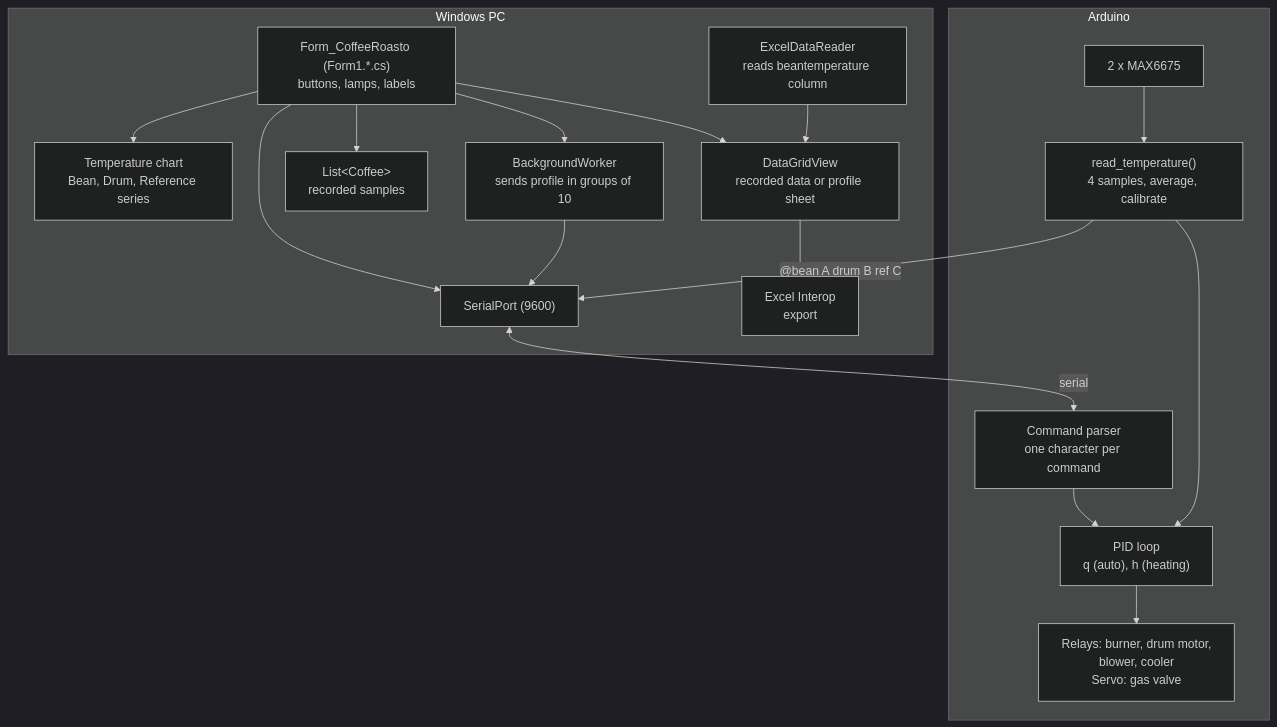
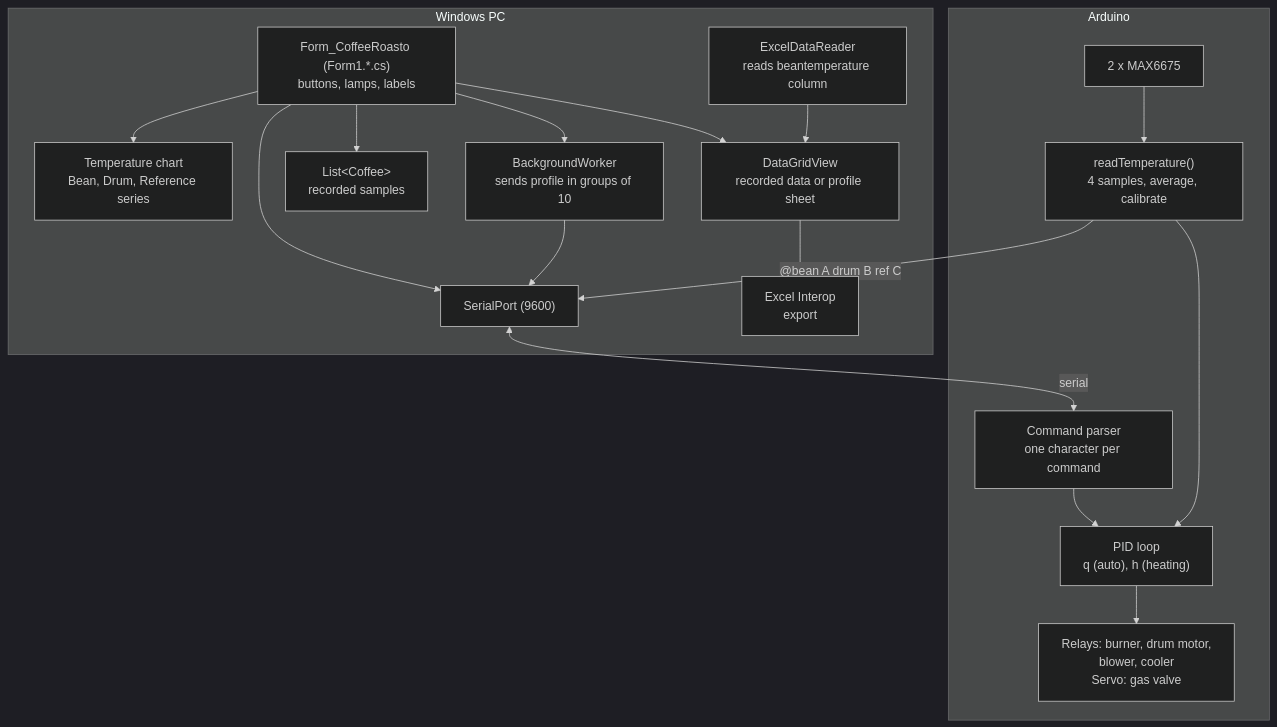
Before and after one commit to ridhwanhabib18/capstone-coffee-roasto: the diagram in docs/en/diagrams/components.mmd, drawn with Mermaid (dark theme). The commit also changed 28 other files, not shown here.

```diff
--- a/docs/en/diagrams/components.mmd
+++ b/docs/en/diagrams/components.mmd
@@ -1,34 +1,34 @@
 flowchart TB
   subgraph pc["Windows PC"]
     form["Form_CoffeeRoasto (Form1.*.cs)<br/>buttons, lamps, labels"]
     chart["Temperature chart<br/>Bean, Drum, Reference series"]
     grid["DataGridView<br/>recorded data or profile sheet"]
     list["List&lt;Coffee&gt;<br/>recorded samples"]
     bw["BackgroundWorker<br/>sends profile in groups of 10"]
     port["SerialPort (9600)"]
     xlsread["ExcelDataReader<br/>reads beantemperature column"]
     xlswrite["Excel Interop<br/>export"]
   end
 
   subgraph board["Arduino"]
     parser["Command parser<br/>one character per command"]
-    sampler["read_temperature()<br/>4 samples, average, calibrate"]
+    sampler["readTemperature()<br/>4 samples, average, calibrate"]
     pid["PID loop<br/>q (auto), h (heating)"]
     outputs["Relays: burner, drum motor,<br/>blower, cooler<br/>Servo: gas valve"]
     max["2 x MAX6675"]
   end
 
   form --> chart
   form --> grid
   form --> list
   form --> bw
   form --> port
   xlsread --> grid
   grid --> xlswrite
   bw --> port
   port <-->|serial| parser
   parser --> pid
   max --> sampler
   sampler --> pid
   pid --> outputs
   sampler -->|"@bean A drum B ref C"| port
```
